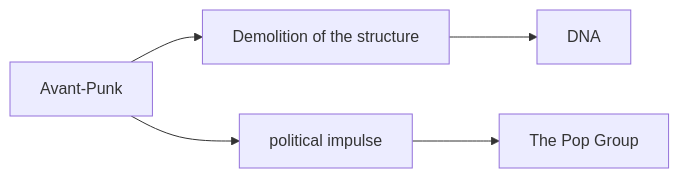
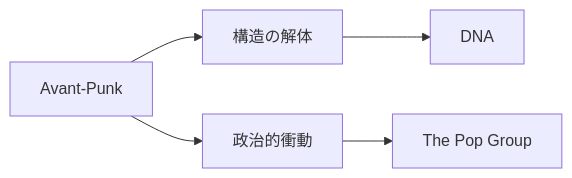
The first of 2 diagrams in en/_posts/2026-01-09-column-noise-punk-avant-punk.md (monumental-movement/monumental-movement.github.io), drawn with Mermaid before and after one commit. The commit also changed other lines of this file and 2196 other files, not shown here.

```diff
--- a/en/_posts/2026-01-09-column-noise-punk-avant-punk.md
+++ b/en/_posts/2026-01-09-column-noise-punk-avant-punk.md
@@ -111,7 +111,7 @@
 <div class="mermaid">
 flowchart LR
-A[Avant-Punk] --> B[Demolition of the structure]
-A --> C[political impulse]
+A[Avant-Punk] --> B[構造の解体]
+A --> C[政治的衝動]
 B --> D[DNA]
 C --> E[The Pop Group]
 </div>
```
